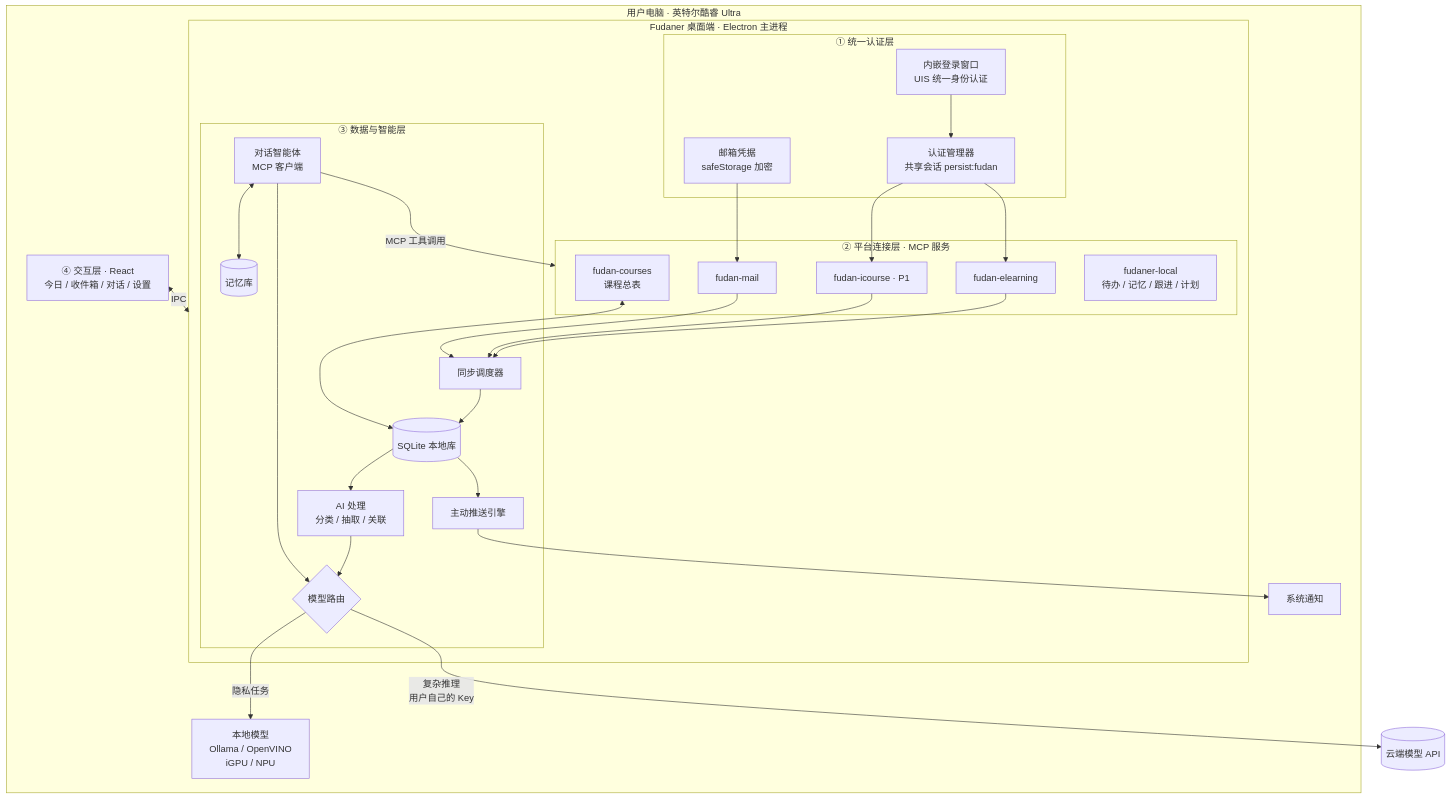
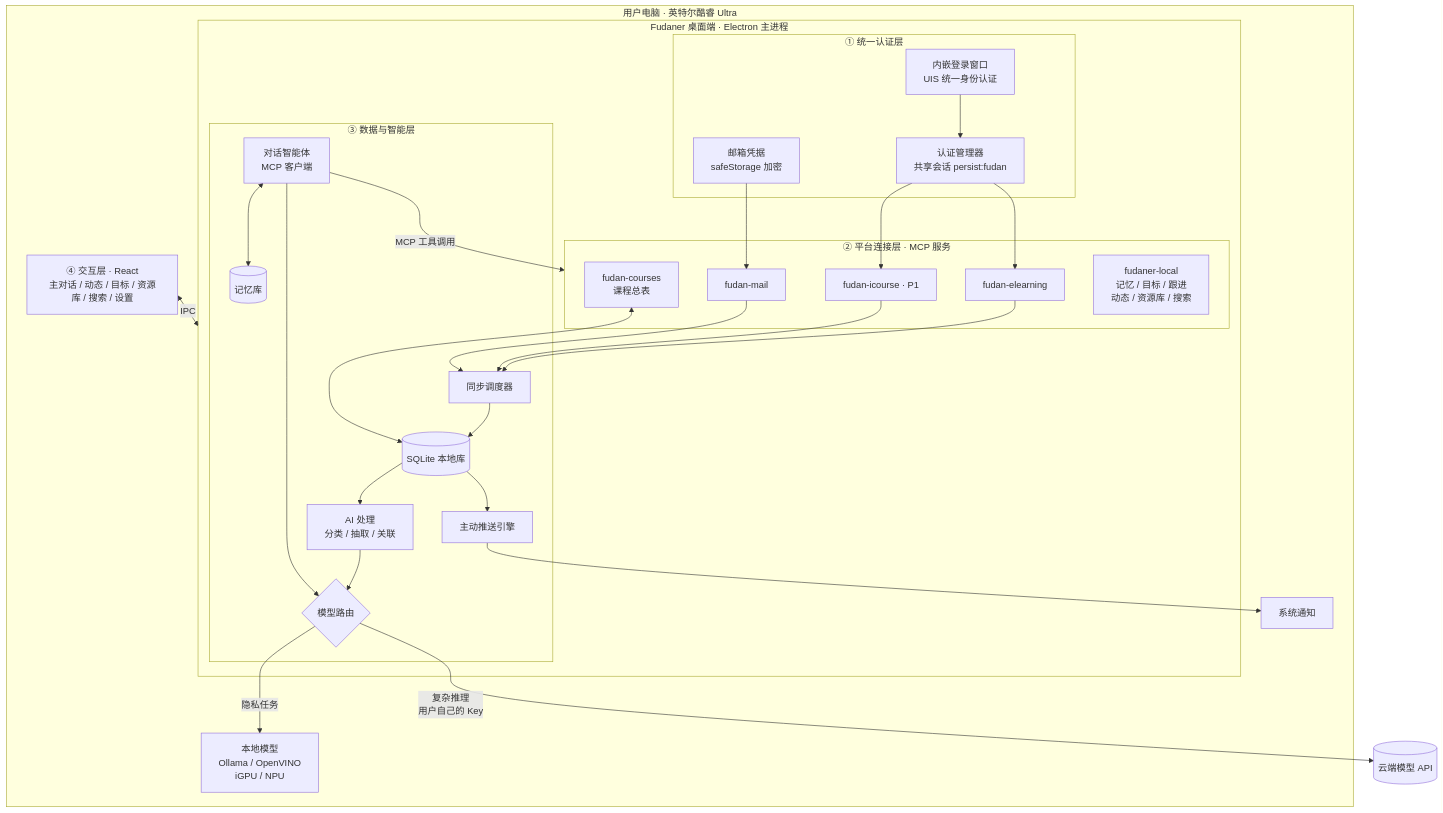
One commit to sjy0630/personal-assistant-fudaner changed the diagram in docs/PRD.md. Above: the diagram before and after it, drawn with Mermaid. The commit also changed other lines of this file and 1 other file, not shown here.

````diff
--- a/docs/PRD.md
+++ b/docs/PRD.md
@@ -450,43 +586,43 @@
 ```mermaid
 flowchart TB
   subgraph PC[用户电脑 · 英特尔酷睿 Ultra]
     subgraph App[Fudaner 桌面端 · Electron 主进程]
       subgraph L1[① 统一认证层]
         LW[内嵌登录窗口<br/>UIS 统一身份认证] --> AM[认证管理器<br/>共享会话 persist:fudan]
         MC[邮箱凭据<br/>safeStorage 加密]
       end
       subgraph L2[② 平台连接层 · MCP 服务]
         M1[fudan-elearning]
         M2[fudan-icourse · P1]
         M3[fudan-mail]
         M4[fudan-courses<br/>课程总表]
-        M5[fudaner-local<br/>待办 / 记忆 / 跟进 / 计划]
+        M5[fudaner-local<br/>记忆 / 目标 / 跟进<br/>动态 / 资源库 / 搜索]
       end
       AM --> M1
       AM --> M2
       MC --> M3
       subgraph L3[③ 数据与智能层]
         SCH[同步调度器] --> DB[(SQLite 本地库)]
         DB --> AI[AI 处理<br/>分类 / 抽取 / 关联]
         AG[对话智能体<br/>MCP 客户端]
         MEM[(记忆库)]
         AG <--> MEM
         PE[主动推送引擎]
         RT{模型路由}
         AI --> RT
         AG --> RT
         DB --> PE
       end
       M1 --> SCH
       M2 --> SCH
       M3 --> SCH
       M4 <--> DB
       AG -->|MCP 工具调用| L2
     end
-    UI[④ 交互层 · React<br/>今日 / 收件箱 / 对话 / 设置] <-->|IPC| App
+    UI[④ 交互层 · React<br/>主对话 / 动态 / 目标 / 资源库 / 搜索 / 设置] <-->|IPC| App
     PE --> NT[系统通知]
     LOCAL[本地模型<br/>Ollama / OpenVINO<br/>iGPU / NPU]
   end
   RT -->|隐私任务| LOCAL
   RT -->|复杂推理<br/>用户自己的 Key| CLOUD[(云端模型 API)]
 ```
````
